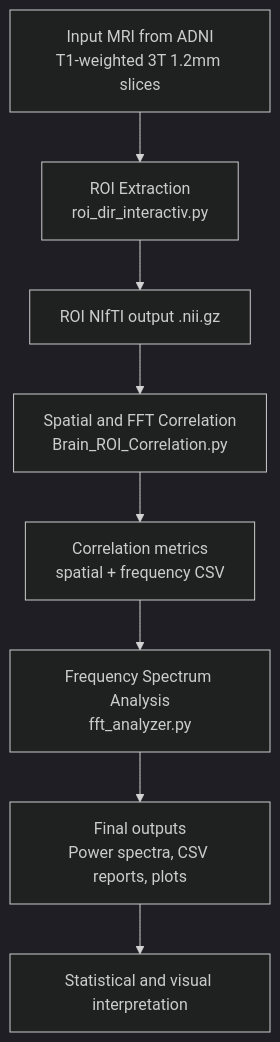
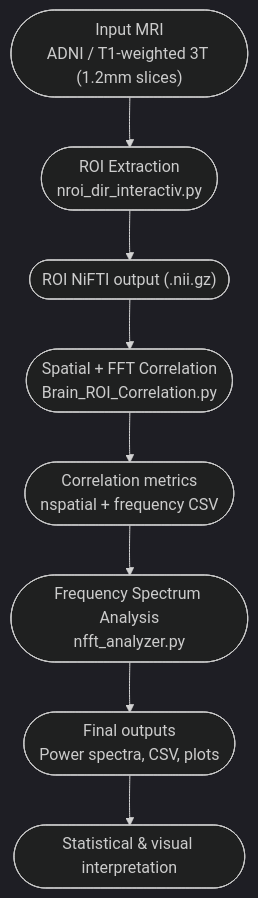
The diagram in README.md (AmirhoseinNasrollahi/alzheimers-early-detection), drawn with Mermaid (dark theme) before and after one commit.

````diff
--- a/README.md
+++ b/README.md
@@ -25,10 +25,12 @@
 ```mermaid
 flowchart TD
-    A[Input MRI from ADNI\nT1-weighted 3T 1.2mm slices] --> B[ROI Extraction\nroi_dir_interactiv.py]
-    B --> C[ROI NIfTI output .nii.gz]
-    C --> D[Spatial and FFT Correlation\nBrain_ROI_Correlation.py]
-    D --> E[Correlation metrics\nspatial + frequency CSV]
-    E --> F[Frequency Spectrum Analysis\nfft_analyzer.py]
-    F --> G[Final outputs\nPower spectra, CSV reports, plots]
-    G --> H[Statistical and visual interpretation]
+    A([" Input MRI<br/>ADNI / T1-weighted 3T (1.2mm slices)"]) --> 
+    B([" ROI Extraction<br/>nroi_dir_interactiv.py"])
+    B --> C([" ROI NiFTI output (.nii.gz)"])
+    C --> D([" Spatial + FFT Correlation<br/>Brain_ROI_Correlation.py"])
+    D --> E([" Correlation metrics<br/>nspatial + frequency CSV"])
+    E --> F([" Frequency Spectrum Analysis<br/>nfft_analyzer.py"])
+    F --> G([" Final outputs<br/>Power spectra, CSV, plots"])
+    G --> H([" Statistical & visual interpretation"])
+
 ```
````
